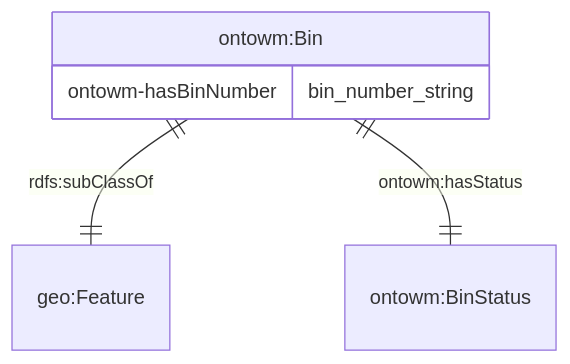
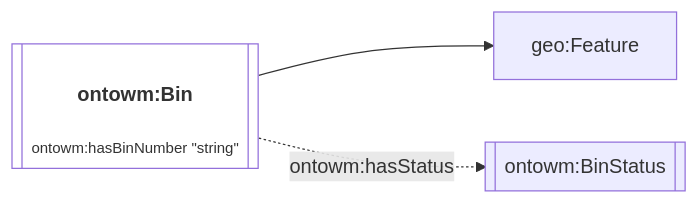
Before and after one commit to cambridge-cares/TheWorldAvatar: diagram 12 of 13 in JPS_Ontology/ontology/ontowastemanagement/README.md, drawn with Mermaid. The commit also changed other lines of this file and 1 other file, not shown here.

Commit message:
dev-service-execution-ontology-extension: update to flowchart diagram in ontoservice and ontowastemanagement

````diff
--- a/JPS_Ontology/ontology/ontowastemanagement/README.md
+++ b/JPS_Ontology/ontology/ontowastemanagement/README.md
@@ -434,9 +446,11 @@
 ```mermaid
-    erDiagram
-    "ontowm:Bin" ||--|| "geo:Feature" : "rdfs:subClassOf"
-    "ontowm:Bin" ||--|| "ontowm:BinStatus" : "ontowm:hasStatus"
+flowchart LR
+    %% Styling
+    classDef literal fill:none
+    classDef node overflow-wrap:break-word,text-wrap:pretty
+    linkStyle default overflow-wrap:break-word,text-wrap:pretty;
 
-    "ontowm:Bin" {
-        ontowm-hasBinNumber bin_number_string
-    }
+    %% Contents
+    Bin[["<h4>ontowm:Bin</h4><p style='font-size:0.75rem;'>ontowm:hasBinNumber &quot;string&quot;</p>"]]:::literal --> Feature[geo:Feature]
+    Bin -. ontowm:hasStatus .-> BinStatus[[ontowm:BinStatus]]
 ```
````
